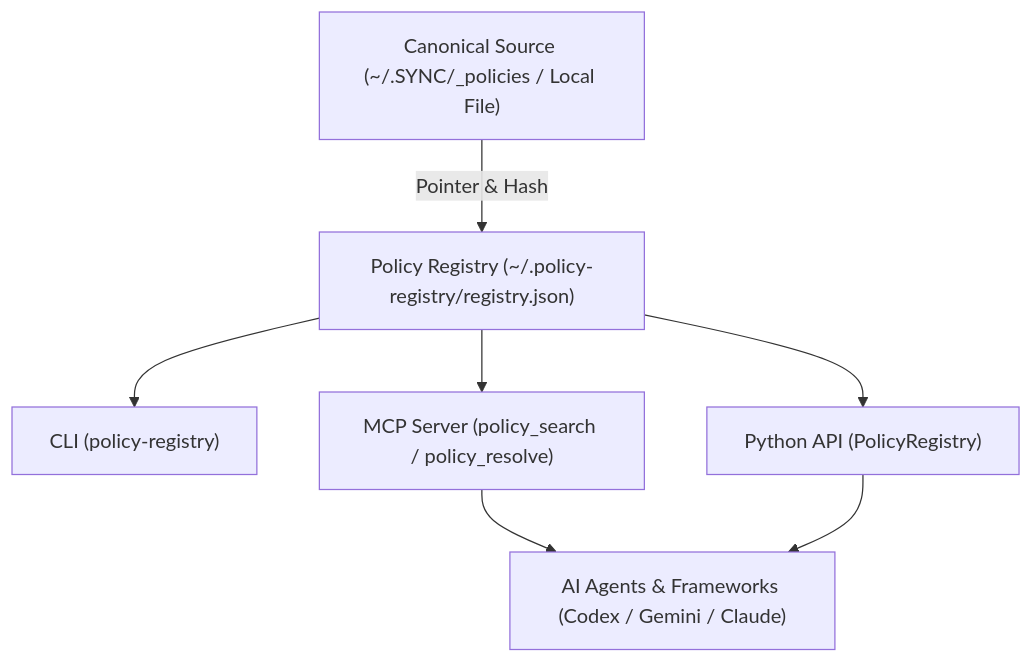
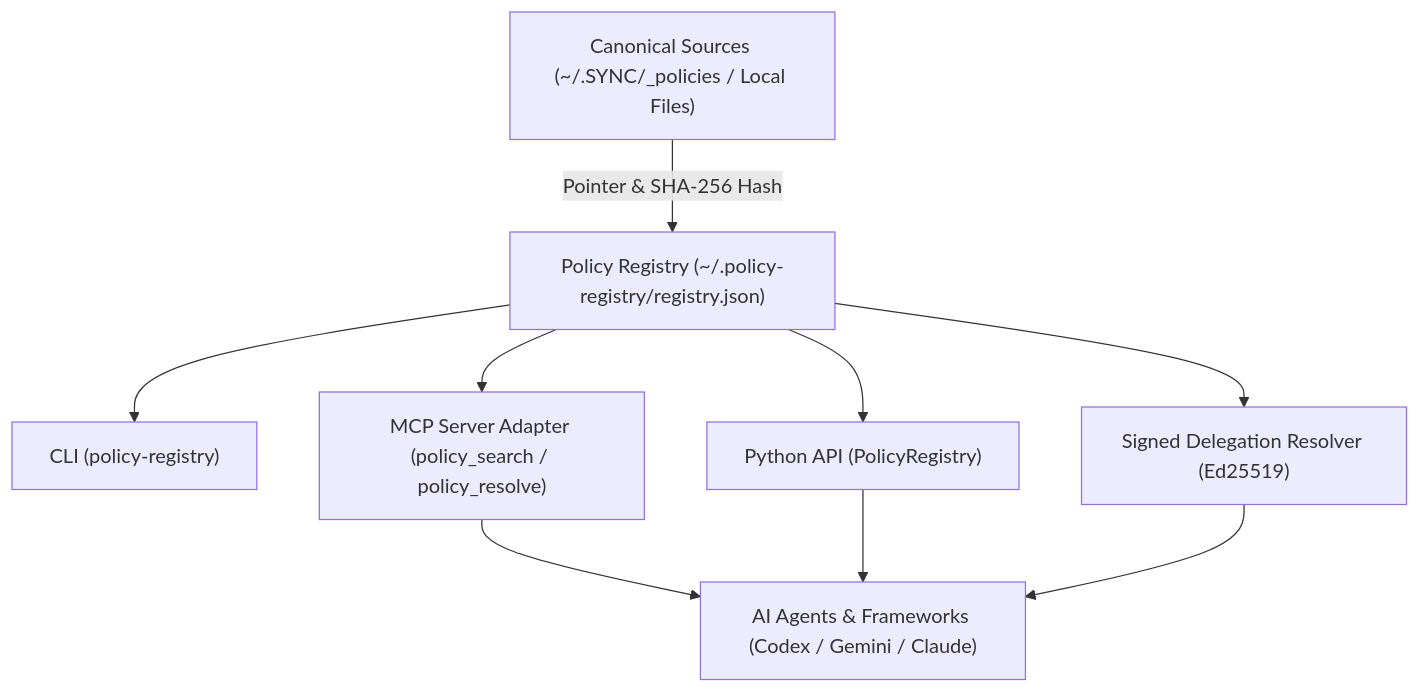
The diagram in README.md (ellmos-ai/policy-registry), drawn with Mermaid before and after one commit. The commit also changed other lines of this file and 6 other files, not shown here.

````diff
--- a/README.md
+++ b/README.md
@@ -25,9 +32,11 @@
 ```mermaid
 graph TD
-    A["Canonical Source (~/.SYNC/_policies / Local File)"] -->|Pointer & Hash| B["Policy Registry (~/.policy-registry/registry.json)"]
+    A["Canonical Sources (~/.SYNC/_policies / Local Files)"] -->|Pointer & SHA-256 Hash| B["Policy Registry (~/.policy-registry/registry.json)"]
     B --> C["CLI (policy-registry)"]
     B --> D["Python API (PolicyRegistry)"]
-    B --> E["MCP Server (policy_search / policy_resolve)"]
+    B --> E["MCP Server Adapter (policy_search / policy_resolve)"]
+    B --> G["Signed Delegation Resolver (Ed25519)"]
     E --> F["AI Agents & Frameworks (Codex / Gemini / Claude)"]
     D --> F
+    G --> F
 ```
````
